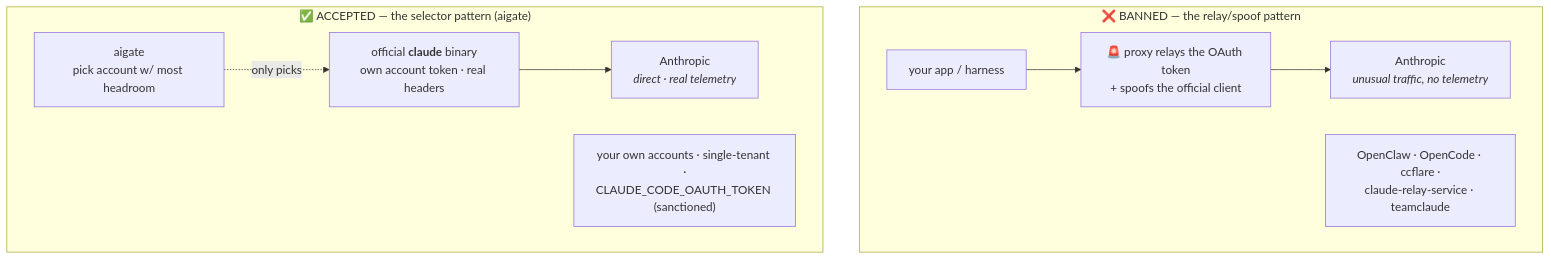
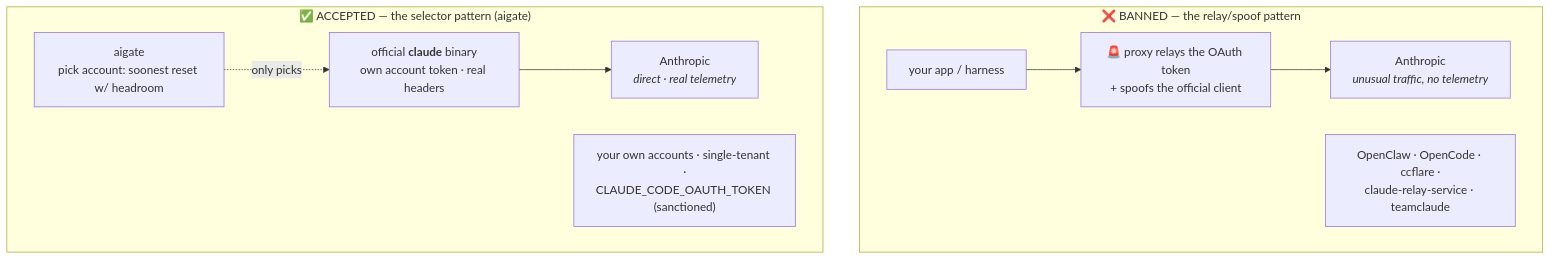
The first of 3 diagrams in COMPLIANCE.md (shoemoney/aigate), drawn with Mermaid before and after one commit. The commit also changed other lines of this file and 3 other files, not shown here.

First line of the commit message:
docs: 🎯 how an account gets picked — use-it-or-lose-it flowchart + /api/usage peek, compliance diagrams render again 🛠️

````diff
--- a/COMPLIANCE.md
+++ b/COMPLIANCE.md
@@ -42,13 +42,13 @@
 ```mermaid
 flowchart TB
   subgraph banned["❌ BANNED — the relay/spoof pattern"]
     direction LR
     B1["your app / harness"] --> B2["🚨 proxy relays the OAuth token<br/>+ spoofs the official client"] --> B3["Anthropic<br/><i>unusual traffic, no telemetry</i>"]
     note1["OpenClaw · OpenCode · ccflare ·<br/>claude-relay-service · teamclaude"]
   end
   subgraph ok["✅ ACCEPTED — the selector pattern (aigate)"]
     direction LR
-    A1["aigate<br/>pick account w/ most headroom"] -.only picks.-> A2["official <b>claude</b> binary<br/>own account token · real headers"] --> A3["Anthropic<br/><i>direct · real telemetry</i>"]
+    A1["aigate<br/>pick account: soonest reset w/ headroom"] -.only picks.-> A2["official <b>claude</b> binary<br/>own account token · real headers"] --> A3["Anthropic<br/><i>direct · real telemetry</i>"]
     note2["your own accounts · single-tenant ·<br/>CLAUDE_CODE_OAUTH_TOKEN (sanctioned)"]
   end
 ```
````
